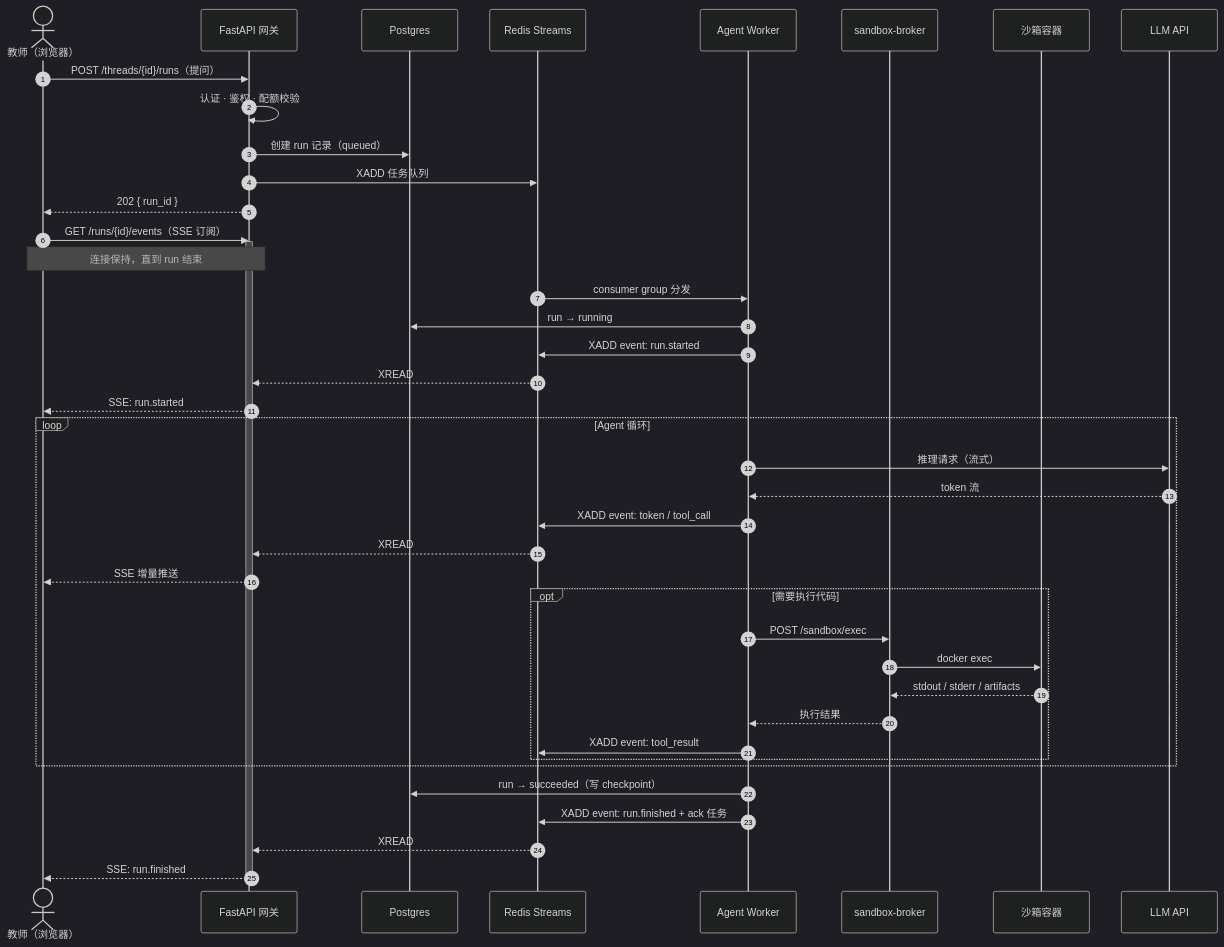
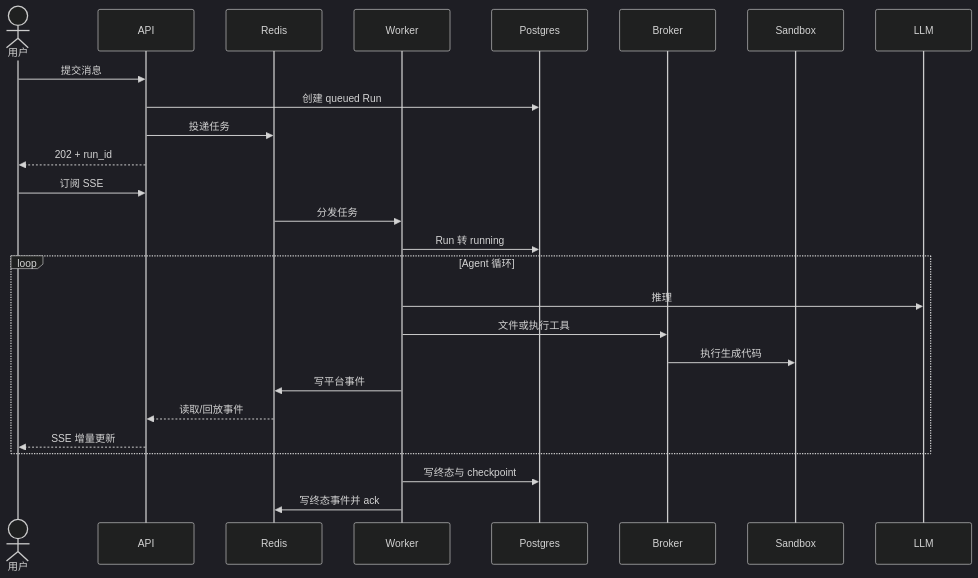
One commit to hxy2321548628/FinAgentPlatform changed the third of 4 diagrams in doc/01design/01architecture.md. Above: the diagram before and after it, drawn with Mermaid (dark theme). The commit also changed other lines of this file and 30 other files, not shown here.

````diff
--- a/doc/01design/01architecture.md
+++ b/doc/01design/01architecture.md
@@ -407,50 +197,29 @@
 ```mermaid
 sequenceDiagram
-    autonumber
-    actor U as 教师（浏览器）
-    participant G as FastAPI 网关
+    actor U as 用户
+    participant A as API
+    participant R as Redis
+    participant W as Worker
     participant P as Postgres
-    participant R as Redis Streams
-    participant W as Agent Worker
-    participant B as sandbox-broker
-    participant S as 沙箱容器
-    participant L as LLM API
+    participant B as Broker
+    participant S as Sandbox
+    participant L as LLM
 
-    U->>G: POST /threads/{id}/runs（提问）
-    G->>G: 认证 · 鉴权 · 配额校验
-    G->>P: 创建 run 记录（queued）
-    G->>R: XADD 任务队列
-    G-->>U: 202 { run_id }
-
-    U->>G: GET /runs/{id}/events（SSE 订阅）
-    activate G
-    Note over U,G: 连接保持，直到 run 结束
-
-    R->>W: consumer group 分发
-    W->>P: run → running
-    W->>R: XADD event: run.started
-    R-->>G: XREAD
-    G-->>U: SSE: run.started
-
+    U->>A: 提交消息
+    A->>P: 创建 queued Run
+    A->>R: 投递任务
+    A-->>U: 202 + run_id
+    U->>A: 订阅 SSE
+    R->>W: 分发任务
+    W->>P: Run 转 running
     loop Agent 循环
-        W->>L: 推理请求（流式）
-        L-->>W: token 流
-        W->>R: XADD event: token / tool_call
-        R-->>G: XREAD
-        G-->>U: SSE 增量推送
-
-        opt 需要执行代码
-            W->>B: POST /sandbox/exec
-            B->>S: docker exec
-            S-->>B: stdout / stderr / artifacts
-            B-->>W: 执行结果
-            W->>R: XADD event: tool_result
-        end
+        W->>L: 推理
+        W->>B: 文件或执行工具
+        B->>S: 执行生成代码
+        W->>R: 写平台事件
+        R-->>A: 读取/回放事件
+        A-->>U: SSE 增量更新
     end
-
-    W->>P: run → succeeded（写 checkpoint）
-    W->>R: XADD event: run.finished + ack 任务
-    R-->>G: XREAD
-    G-->>U: SSE: run.finished
-    deactivate G
+    W->>P: 写终态与 checkpoint
+    W->>R: 写终态事件并 ack
 ```
````
